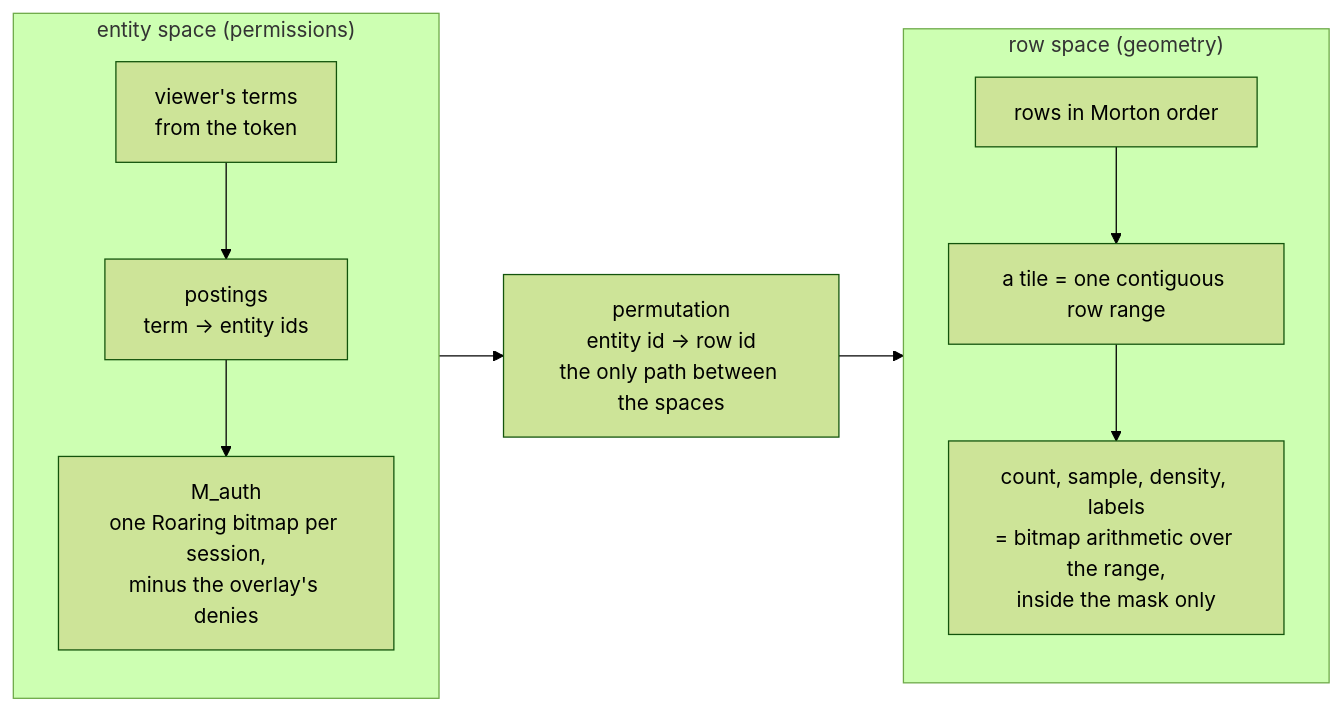
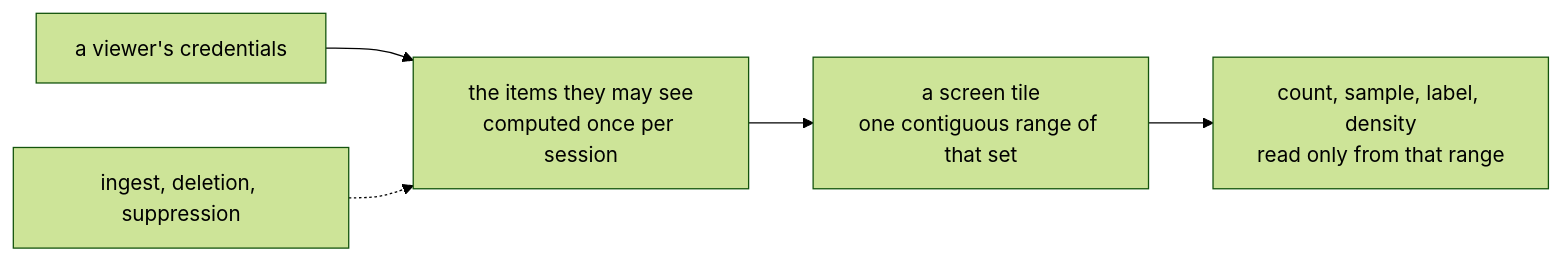
Before and after one commit to jennis0/tesseradb: the diagram in docs/system/overview.md, drawn with Mermaid (forest theme). The commit also changed other lines of this file, not shown here.

````diff
--- a/docs/system/overview.md
+++ b/docs/system/overview.md
@@ -104,22 +129,7 @@
 ```mermaid
 flowchart LR
-  subgraph entity["entity space (permissions)"]
-    direction TB
-    terms["viewer's terms<br/>from the token"]
-    postings["postings<br/>term → entity ids"]
-    mask["M_auth<br/>one Roaring bitmap per session,<br/>minus the overlay's denies"]
-    terms --> postings --> mask
-  end
-
-  perm["permutation<br/>entity id → row id<br/>the only path between the spaces"]
-
-  subgraph row["row space (geometry)"]
-    direction TB
-    rows["rows in Morton order"]
-    tile["a tile = one contiguous row range"]
-    count["count, sample, density, labels<br/>= bitmap arithmetic over the range,<br/>inside the mask only"]
-    rows --> tile --> count
-  end
-
-  mask --> perm --> count
+  cred["a viewer's credentials"] --> vis["the items they may see<br/>computed once per session"]
+  vis --> tile["a screen tile<br/>one contiguous range of that set"]
+  tile --> out["count, sample, label, density<br/>read only from that range"]
+  ingest["ingest, deletion, suppression"] -.-> vis
 ```
````
